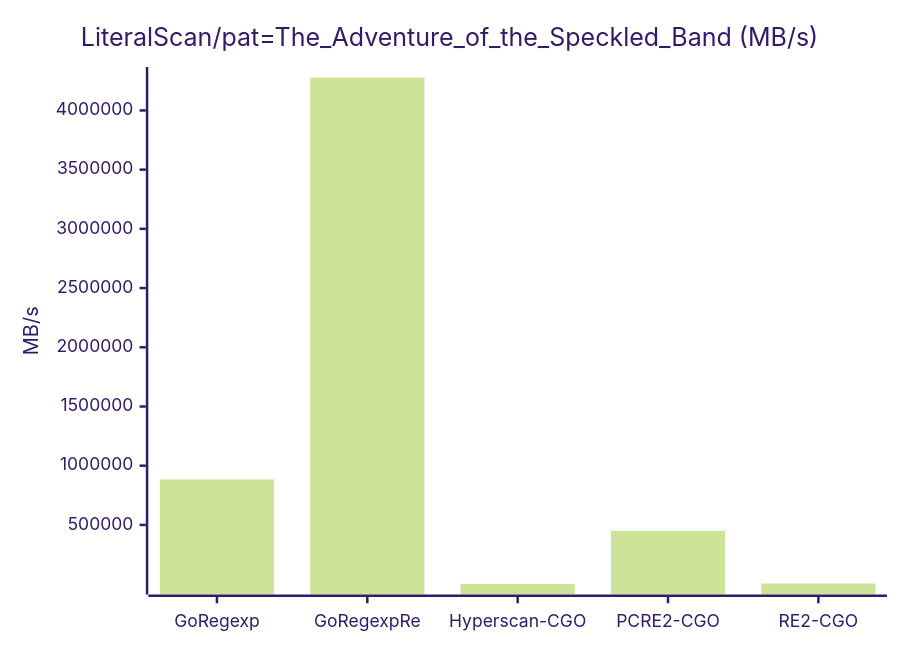
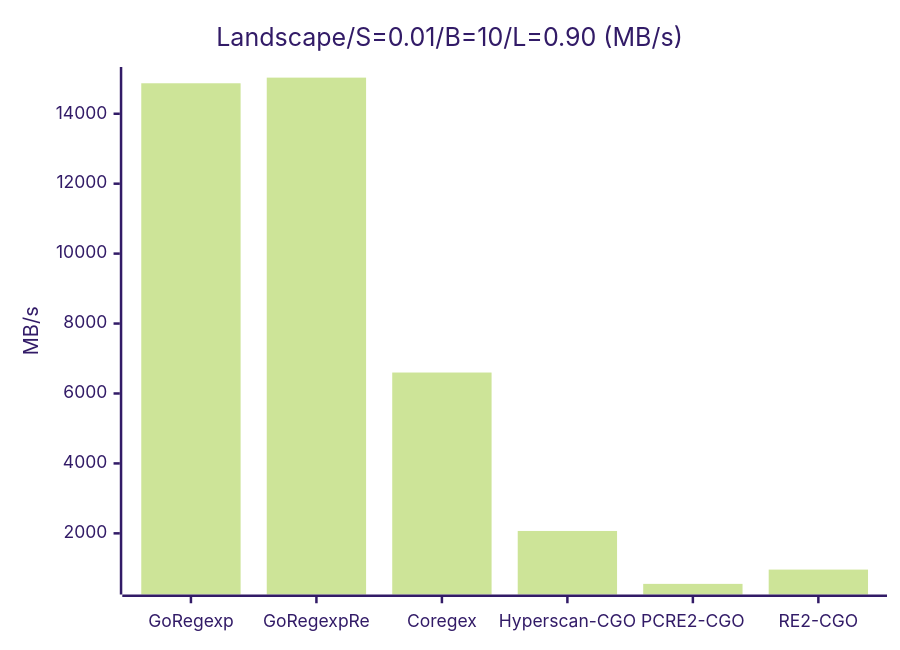
One commit to kamichidu/go-regexp-re changed diagram 11 of 47 in _benchmark_results/cgo_engines.md. Above: the diagram before and after it, drawn with Mermaid (forest theme). The commit also changed other lines of this file and 3 other files, not shown here.

````diff
--- a/_benchmark_results/cgo_engines.md
+++ b/_benchmark_results/cgo_engines.md
@@ -144,7 +196,7 @@
 ```mermaid
 xychart-beta
-    title "LiteralScan/pat=The_Adventure_of_the_Speckled_Band (MB/s)"
-    x-axis ["GoRegexp", "GoRegexpRe", "Hyperscan-CGO", "PCRE2-CGO", "RE2-CGO"]
+    title "Landscape/S=0.01/B=10/L=0.90 (MB/s)"
+    x-axis ["GoRegexp", "GoRegexpRe", "Coregex", "Hyperscan-CGO", "PCRE2-CGO", "RE2-CGO"]
     y-axis "MB/s"
-    bar [884306.12, 4276994.38, 2212.45, 450339.55, 5507.01]
+    bar [14871.90, 15033.37, 6599.16, 2068.25, 554.84, 963.14]
 ```
````
